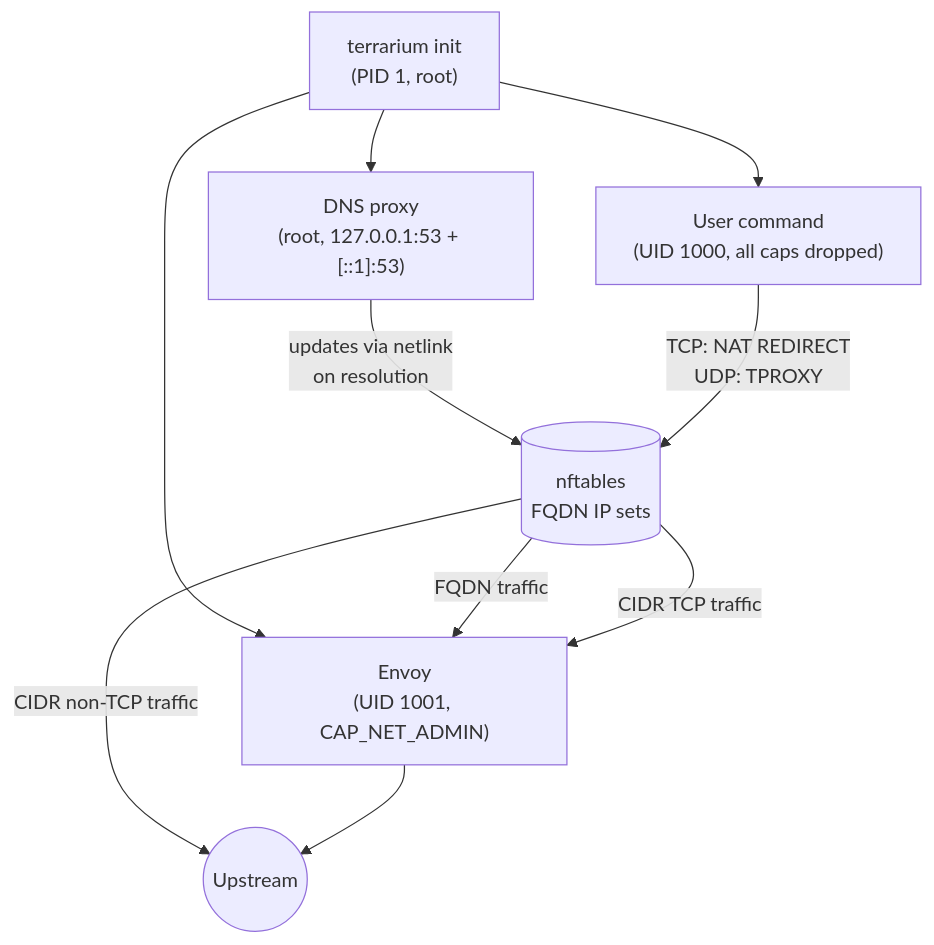
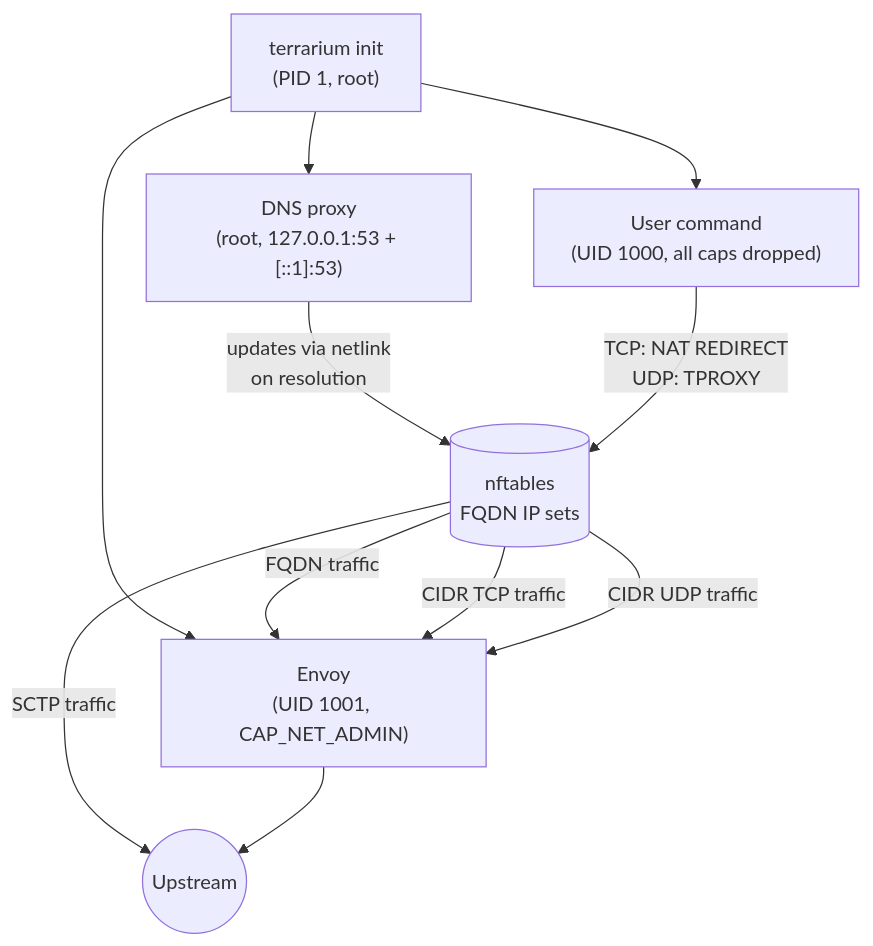
Before and after one commit to MacroPower/terrarium: the first of 2 diagrams in README.md, drawn with Mermaid. The commit also changed other lines of this file and 2 other files, not shown here.

First line of the commit message:
docs: clarify that UDP CIDR traffic routes through Envoy via TPROXY

````diff
--- a/README.md
+++ b/README.md
@@ -180,20 +180,21 @@
 ```mermaid
 graph TD
     init["terrarium init\n(PID 1, root)"]
     dns["DNS proxy\n(root, 127.0.0.1:53 + [::1]:53)"]
     envoy["Envoy\n(UID 1001, CAP_NET_ADMIN)"]
     user["User command\n(UID 1000, all caps dropped)"]
     nft[("nftables\nFQDN IP sets")]
     upstream(("Upstream"))
 
     init --> dns
     init --> envoy
     init --> user
 
     dns -- "updates via netlink\non resolution" --> nft
     user -- "TCP: NAT REDIRECT\nUDP: TPROXY" --> nft
     nft -- "FQDN traffic" --> envoy
     nft -- "CIDR TCP traffic" --> envoy
-    nft -- "CIDR non-TCP traffic" --> upstream
+    nft -- "CIDR UDP traffic" --> envoy
+    nft -- "SCTP traffic" --> upstream
     envoy --> upstream
 ```
````
